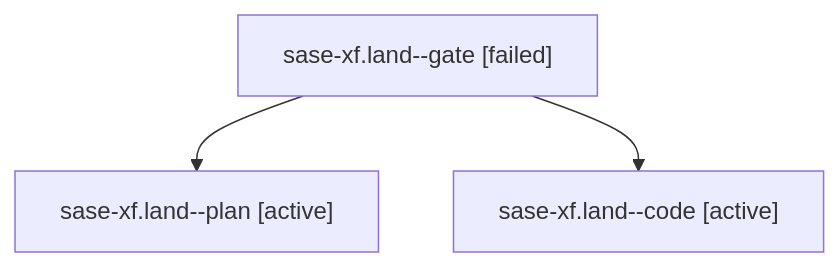
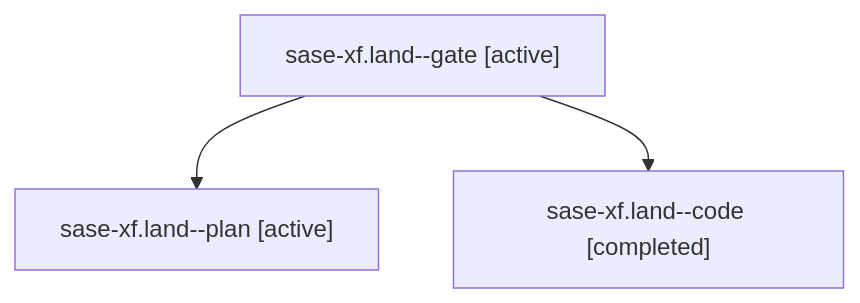
Before and after one commit to sase-org/sase--agents: the diagram in families/bbugyi200.athena.sase-xf.land.md, drawn with Mermaid. The commit also changed other lines of this file and 35830 other files, not shown here.

````diff
--- a/families/bbugyi200.athena.sase-xf.land.md
+++ b/families/bbugyi200.athena.sase-xf.land.md
@@ -9,8 +9,8 @@
 ```mermaid
 flowchart TD
-  n0["sase-xf.land--gate [failed]"]
+  n0["sase-xf.land--gate [active]"]
   n1["sase-xf.land--plan [active]"]
   n0 --> n1
-  n2["sase-xf.land--code [active]"]
+  n2["sase-xf.land--code [completed]"]
   n0 --> n2
 ```
````
